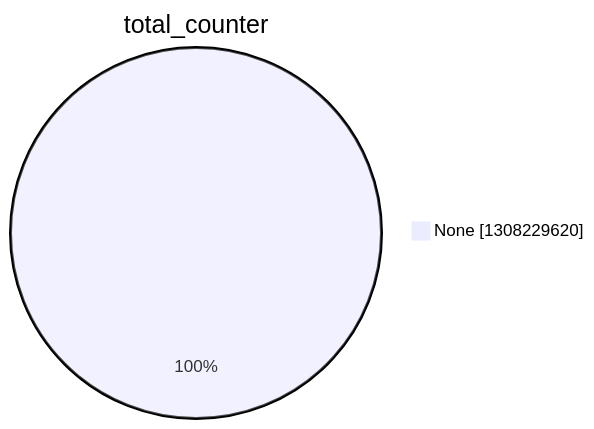
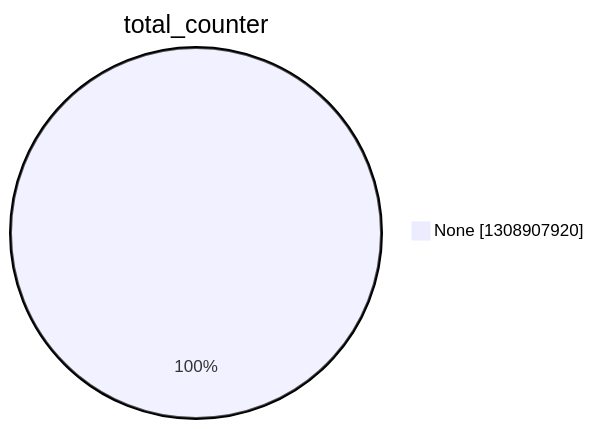
One commit to christiankrug/ctmonitor_visualization changed the second of 15 diagrams in argon2022/README.md. Above: the diagram before and after it, drawn with Mermaid. The commit also changed other lines of this file, not shown here.

````diff
--- a/argon2022/README.md
+++ b/argon2022/README.md
@@ -9,5 +9,5 @@
 ```mermaid
 pie showData
 title total_counter
-"None" :1308229620
+"None" :1308907920
 ```
````
